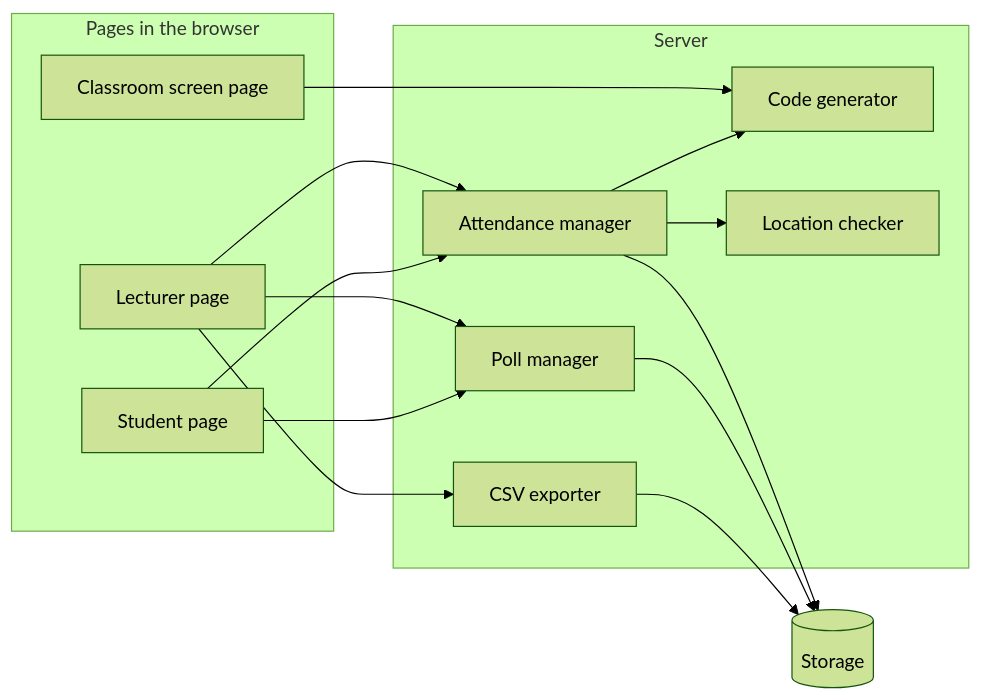
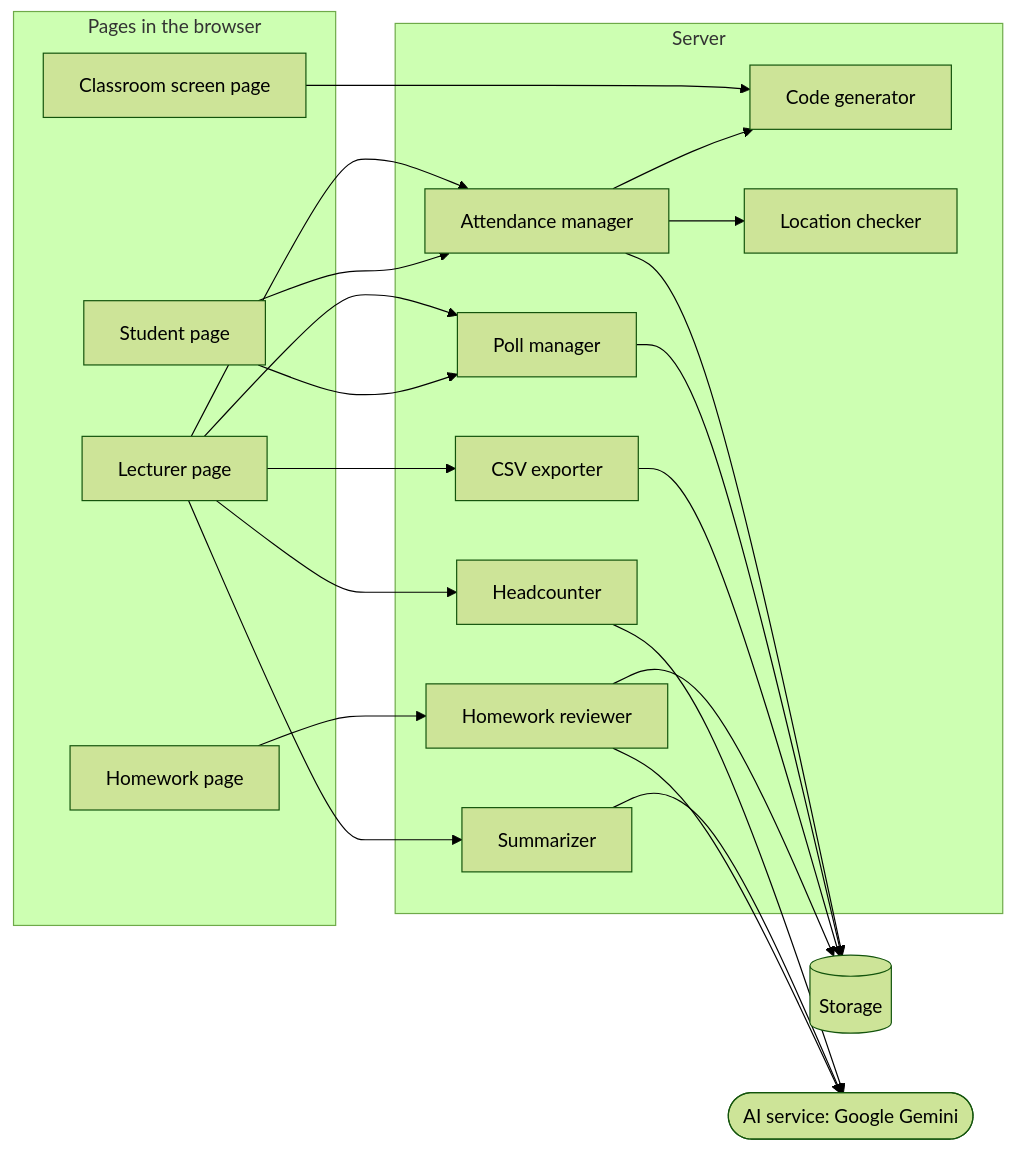
One commit to Maycaspi110/Class_Attendance changed the diagram in components.md. Above: the diagram before and after it, drawn with Mermaid (forest theme). The commit also changed other lines of this file, not shown here.

````diff
--- a/components.md
+++ b/components.md
@@ -16,28 +16,40 @@
 ```mermaid
 flowchart LR
   subgraph Browser["Pages in the browser"]
     L["Lecturer page"]
     C["Classroom screen page"]
     S["Student page"]
+    H["Homework page"]
   end
   subgraph Server["Server"]
     A["Attendance manager"]
     G["Code generator"]
     LC["Location checker"]
     P["Poll manager"]
     E["CSV exporter"]
+    HC["Headcounter"]
+    SU["Summarizer"]
+    HW["Homework reviewer"]
   end
   D[("Storage")]
+  AI(["AI service: Google Gemini"])
 
   L --> A
   L --> P
   L --> E
   C --> G
   S --> A
   S --> P
   A --> G
   A --> LC
   A --> D
   P --> D
   E --> D
+  L --> HC
+  L --> SU
+  H --> HW
+  HC --> AI
+  SU --> AI
+  HW --> AI
+  HW --> D
 ```
````
